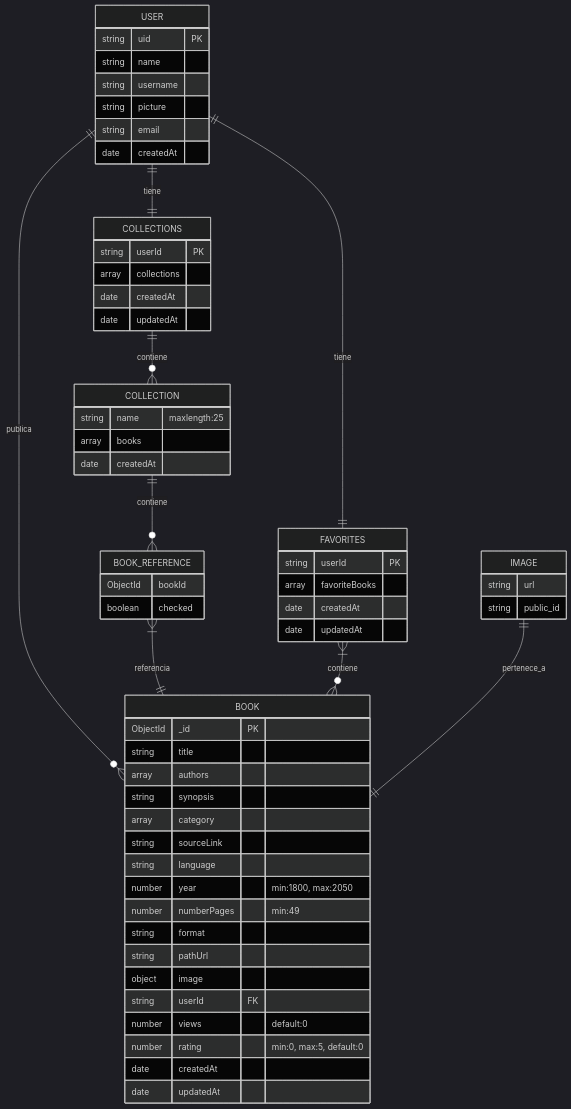
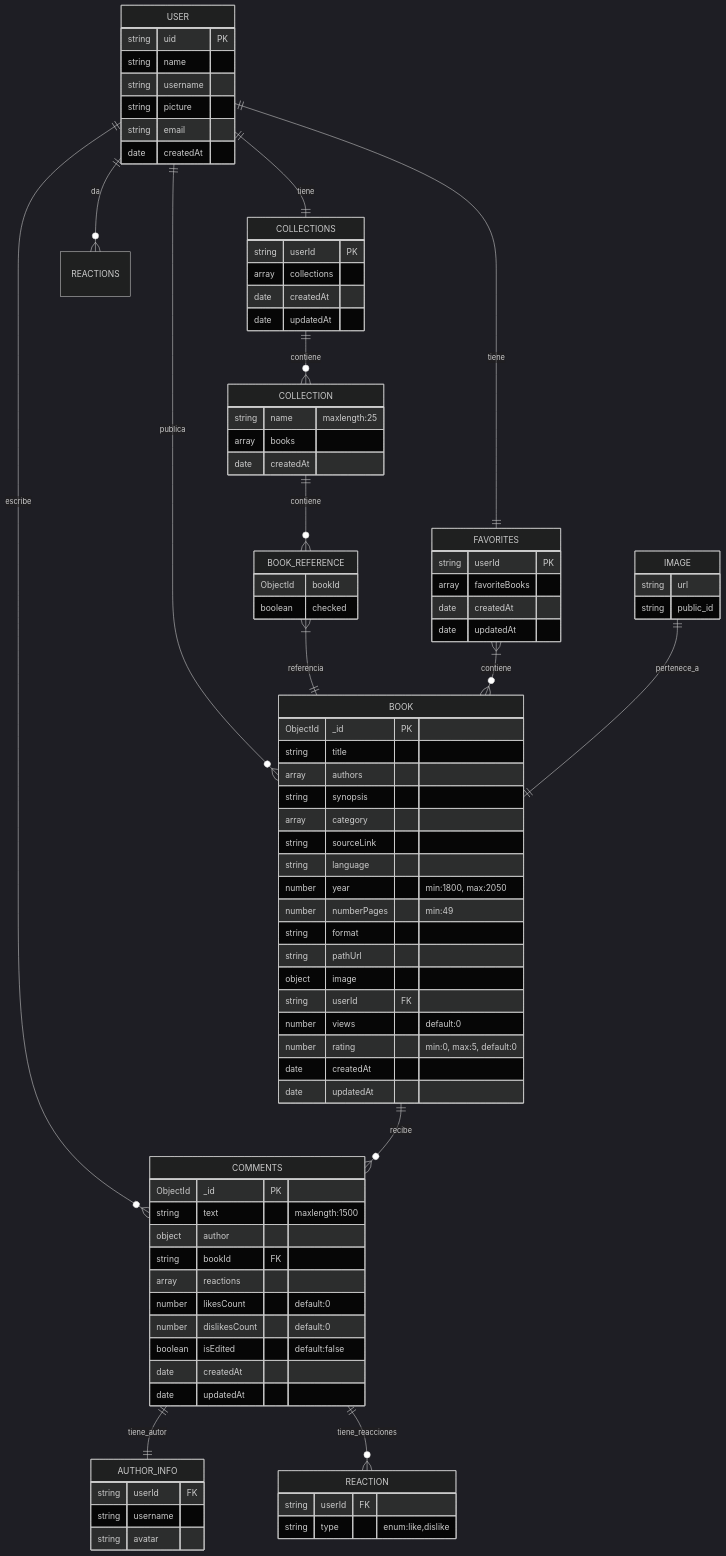
One commit to Franqsanz/xbu-api changed the diagram in README.md. Above: the diagram before and after it, drawn with Mermaid (dark theme). The commit also changed other lines of this file and 5 other files, not shown here.

Commit message:
chore: validation was applied and the user's avatar was added

````diff
--- a/README.md
+++ b/README.md
@@ -23,6 +24,8 @@
     USER ||--|| COLLECTIONS : tiene
     USER ||--o{ BOOK : publica
     USER ||--|| FAVORITES : tiene
+    USER ||--o{ COMMENTS : escribe
+    USER ||--o{ REACTIONS : da
     USER {
         string uid PK
         string name
@@ -31,38 +34,32 @@
         string email
         date createdAt
     }
-
     COLLECTIONS {
         string userId PK
         array collections
         date createdAt
         date updatedAt
     }
-
     COLLECTION {
         string name "maxlength:25"
         array books
         date createdAt
     }
-
     BOOK_REFERENCE }|--|| BOOK : referencia
     BOOK_REFERENCE {
         ObjectId bookId
         boolean checked
     }
-
     COLLECTIONS ||--o{ COLLECTION : contiene
     COLLECTION ||--o{ BOOK_REFERENCE : contiene
-
     FAVORITES {
         string userId PK
         array favoriteBooks
         date createdAt
         date updatedAt
     }
-
     FAVORITES }|--o{ BOOK : contiene
-
+    BOOK ||--o{ COMMENTS : recibe
     BOOK {
         ObjectId _id PK
         string title
@@ -82,10 +79,32 @@
         date createdAt
         date updatedAt
     }
-
     IMAGE ||--|| BOOK : pertenece_a
     IMAGE {
         string url
         string public_id
     }
+    COMMENTS {
+        ObjectId _id PK
+        string text "maxlength:1500"
+        object author
+        string bookId FK
+        array reactions
+        number likesCount "default:0"
+        number dislikesCount "default:0"
+        boolean isEdited "default:false"
+        date createdAt
+        date updatedAt
+    }
+    AUTHOR_INFO {
+        string userId FK
+        string username
+        string avatar
+    }
+    REACTION {
+        string userId FK
+        string type "enum:like,dislike"
+    }
+    COMMENTS ||--|| AUTHOR_INFO : tiene_autor
+    COMMENTS ||--o{ REACTION : tiene_reacciones
 ```
````
